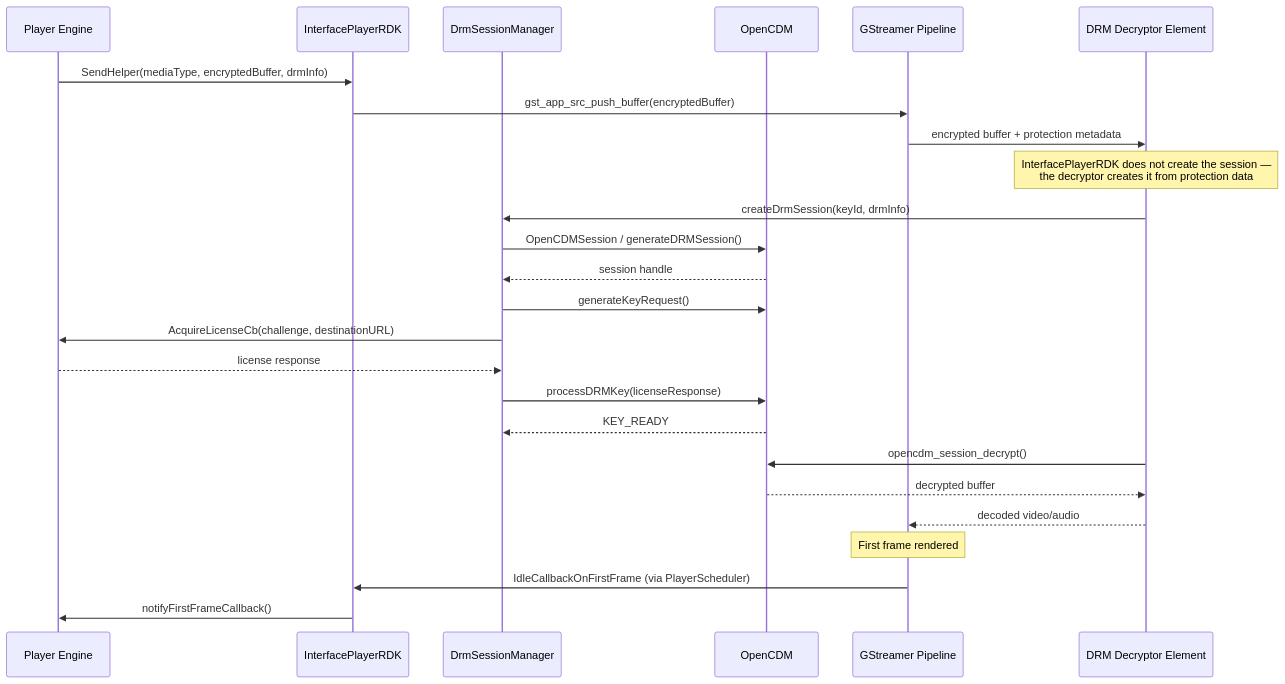
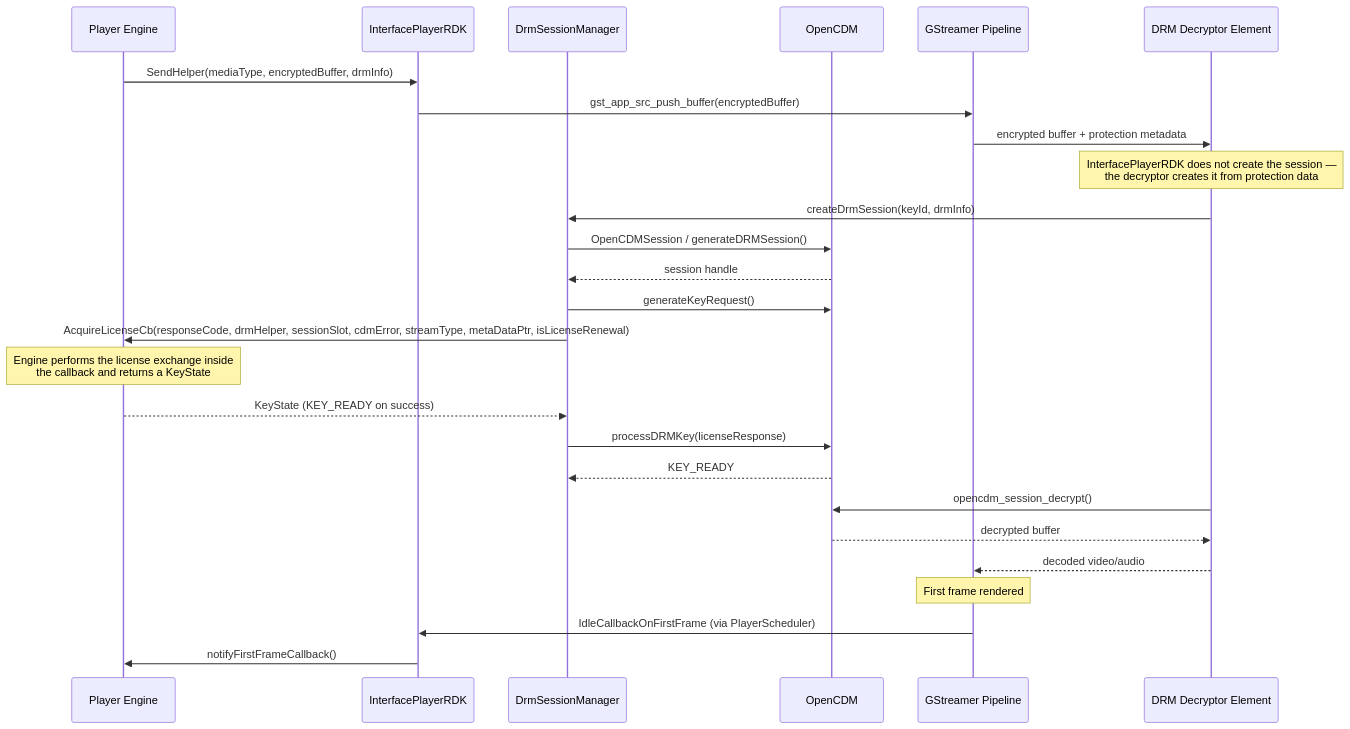
Before and after one commit to rdkcentral/middleware-player-interface: the fifth of 7 diagrams in README.md, drawn with Mermaid. The commit also changed other lines of this file, not shown here.

````diff
--- a/README.md
+++ b/README.md
@@ -263,30 +264,31 @@
 ```mermaid
 sequenceDiagram
     participant Engine as Player Engine
     participant MPI as InterfacePlayerRDK
     participant DrmMgr as DrmSessionManager
     participant OCDM as OpenCDM
     participant GST as GStreamer Pipeline
     participant DecryptPlugin as DRM Decryptor Element
 
     Engine->>MPI: SendHelper(mediaType, encryptedBuffer, drmInfo)
     MPI->>GST: gst_app_src_push_buffer(encryptedBuffer)
     GST->>DecryptPlugin: encrypted buffer + protection metadata
     Note over DecryptPlugin: InterfacePlayerRDK does not create the session —<br/>the decryptor creates it from protection data
     DecryptPlugin->>DrmMgr: createDrmSession(keyId, drmInfo)
     DrmMgr->>OCDM: OpenCDMSession / generateDRMSession()
     OCDM-->>DrmMgr: session handle
     DrmMgr->>OCDM: generateKeyRequest()
-    DrmMgr->>Engine: AcquireLicenseCb(challenge, destinationURL)
-    Engine-->>DrmMgr: license response
+    DrmMgr->>Engine: AcquireLicenseCb(responseCode, drmHelper, sessionSlot, cdmError, streamType, metaDataPtr, isLicenseRenewal)
+    Note over Engine: Engine performs the license exchange inside<br/>the callback and returns a KeyState
+    Engine-->>DrmMgr: KeyState (KEY_READY on success)
     DrmMgr->>OCDM: processDRMKey(licenseResponse)
     OCDM-->>DrmMgr: KEY_READY
 
     DecryptPlugin->>OCDM: opencdm_session_decrypt()
     OCDM-->>DecryptPlugin: decrypted buffer
     DecryptPlugin-->>GST: decoded video/audio
 
     Note over GST: First frame rendered
     GST->>MPI: IdleCallbackOnFirstFrame (via PlayerScheduler)
     MPI->>Engine: notifyFirstFrameCallback()
 ```
````
